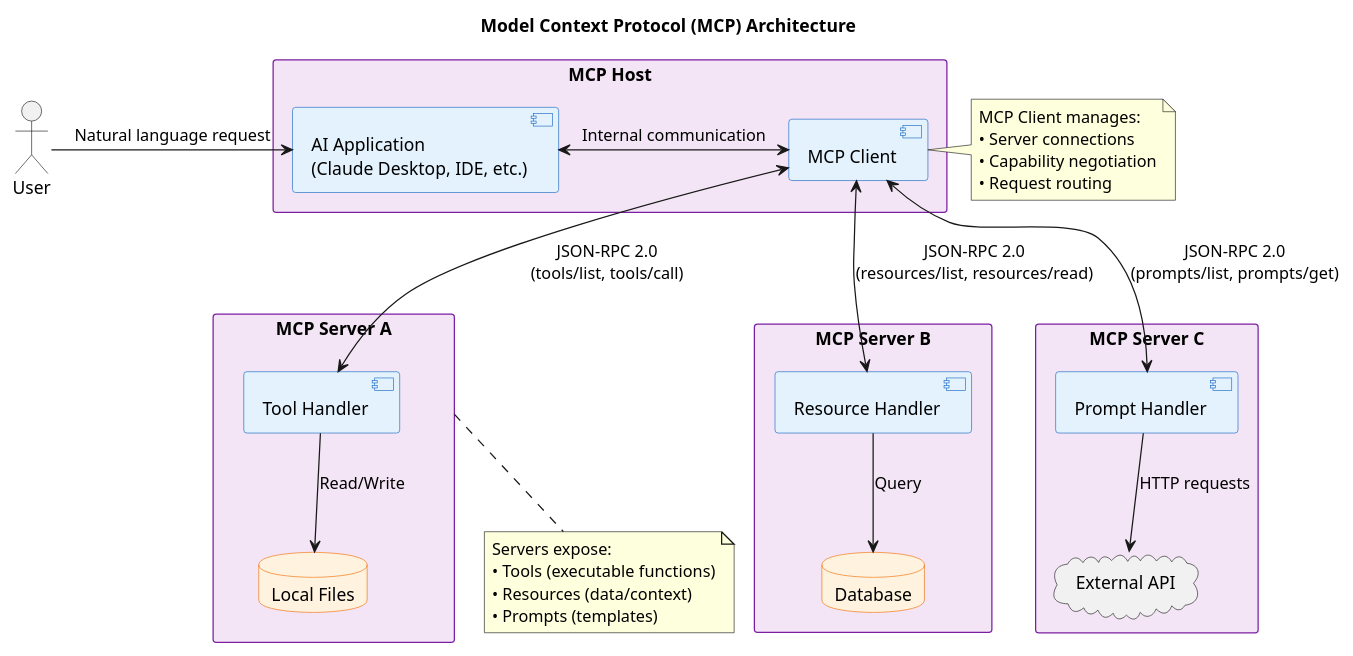
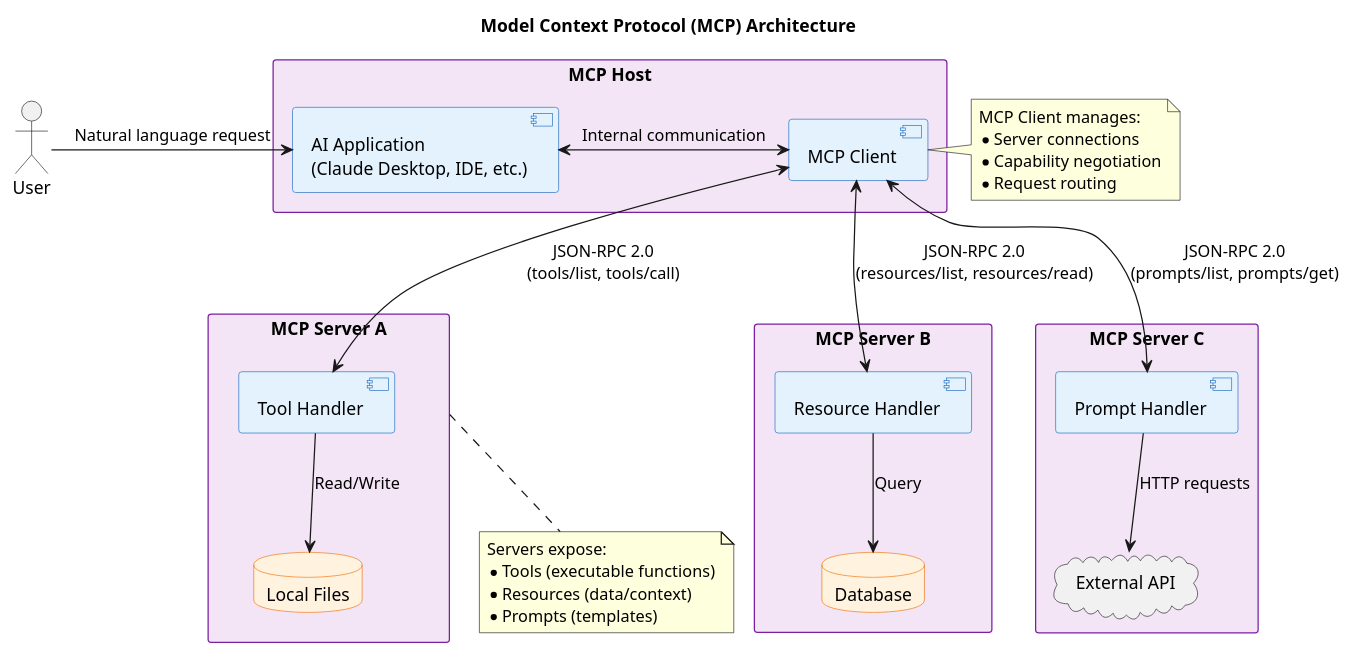
The diagram in catalogue/reference-architectures/uml/mcp-architecture.puml (keugenek/plantuml-ent-kit), drawn with PlantUML before and after one commit. The commit also changed 4 other files, not shown here.

First line of the commit message:
Add PlantUML validation and fix rendering issues

```diff
--- a/catalogue/reference-architectures/uml/mcp-architecture.puml
+++ b/catalogue/reference-architectures/uml/mcp-architecture.puml
@@ -1,67 +1,67 @@
 @startuml
 
 title Model Context Protocol (MCP) Architecture
 
 skinparam component {
     BackgroundColor #E3F2FD
     BorderColor #1565C0
 }
 
 skinparam database {
     BackgroundColor #FFF3E0
     BorderColor #EF6C00
 }
 
 skinparam rectangle {
     BackgroundColor #F3E5F5
     BorderColor #7B1FA2
 }
 
 actor "User" as User
 
 rectangle "MCP Host" as Host {
     component "AI Application\n(Claude Desktop, IDE, etc.)" as App
     component "MCP Client" as Client
 }
 
 rectangle "MCP Server A" as ServerA {
     component "Tool Handler" as ToolsA
     database "Local Files" as Files
 }
 
 rectangle "MCP Server B" as ServerB {
     component "Resource Handler" as ResourcesB
     database "Database" as DB
 }
 
 rectangle "MCP Server C" as ServerC {
     component "Prompt Handler" as PromptsC
     cloud "External API" as API
 }
 
 User -> App : Natural language request
 App <-> Client : Internal communication
 
 Client <--> ToolsA : JSON-RPC 2.0\n(tools/list, tools/call)
 Client <--> ResourcesB : JSON-RPC 2.0\n(resources/list, resources/read)
 Client <--> PromptsC : JSON-RPC 2.0\n(prompts/list, prompts/get)
 
 ToolsA --> Files : Read/Write
 ResourcesB --> DB : Query
 PromptsC --> API : HTTP requests
 
 note right of Client
   MCP Client manages:
-  • Server connections
-  • Capability negotiation
-  • Request routing
+  * Server connections
+  * Capability negotiation
+  * Request routing
 end note
 
 note bottom of ServerA
   Servers expose:
-  • Tools (executable functions)
-  • Resources (data/context)
-  • Prompts (templates)
+  * Tools (executable functions)
+  * Resources (data/context)
+  * Prompts (templates)
 end note
 
 @enduml
```
